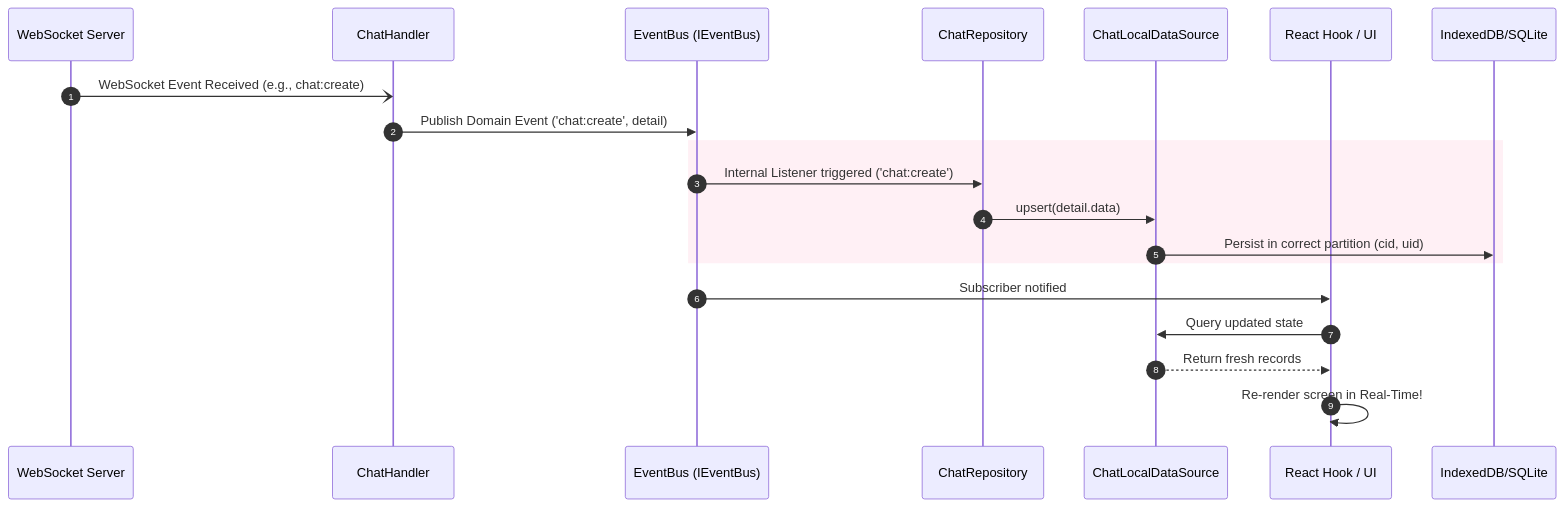
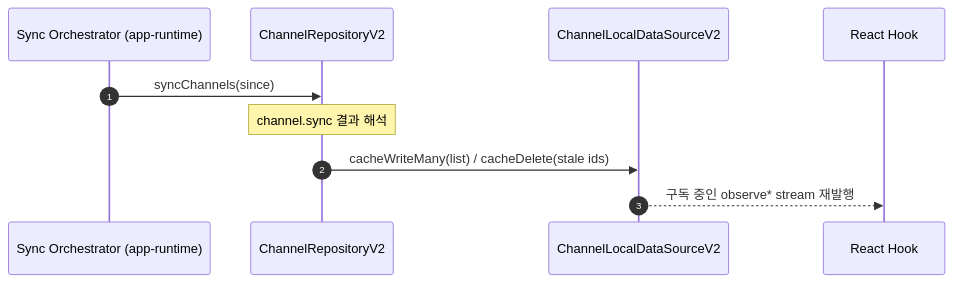
One commit to lemoncloud-io/dou-app changed the fifth of 5 diagrams in libs/data/README.md. Above: the diagram before and after it, drawn with Mermaid. The commit also changed other lines of this file, not shown here.

First line of the commit message:
docs: update README for @chatic/data module

````diff
--- a/libs/data/README.md
+++ b/libs/data/README.md
@@ -306,27 +194,13 @@
 ```mermaid
-%% Slide 3: Real-time Event Push Flow (WebSocket Broadcast)
 sequenceDiagram
     autonumber
-    participant Server as WebSocket Server
-    participant Handler as ChatHandler
-    participant Bus as EventBus (IEventBus)
-    participant Repo as ChatRepository
-    participant LDS as ChatLocalDataSource
-    participant UI as React Hook / UI
+    participant Sync as Sync Orchestrator (app-runtime)
+    participant Repo as ChannelRepositoryV2
+    participant LDS as ChannelLocalDataSourceV2
+    participant UI as React Hook
 
-    Server-)Handler: WebSocket Event Received (e.g., chat:create)
-    Handler->>Bus: Publish Domain Event ('chat:create', detail)
-
-    %% Repository intercepts and updates cache
-    rect rgb(255, 240, 245)
-        Bus->>Repo: Internal Listener triggered ('chat:create')
-        Repo->>LDS: upsert(detail.data)
-        LDS->>IndexedDB/SQLite: Persist in correct partition (cid, uid)
-    end
-
-    %% Hook receives event to trigger UI refresh
-    Bus->>UI: Subscriber notified
-    UI->>LDS: Query updated state
-    LDS-->>UI: Return fresh records
-    UI->>UI: Re-render screen in Real-Time!
+    Sync->>Repo: syncChannels(since)
+    Note over Repo: channel.sync 결과 해석
+    Repo->>LDS: cacheWriteMany(list) / cacheDelete(stale ids)
+    LDS-->>UI: 구독 중인 observe* stream 재발행
 ```
````
